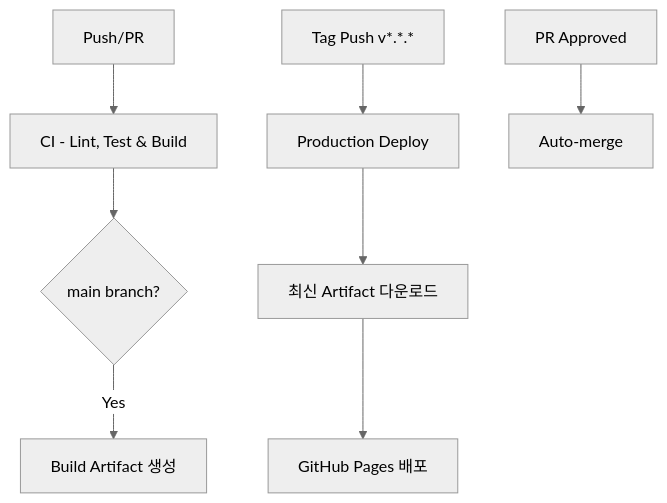
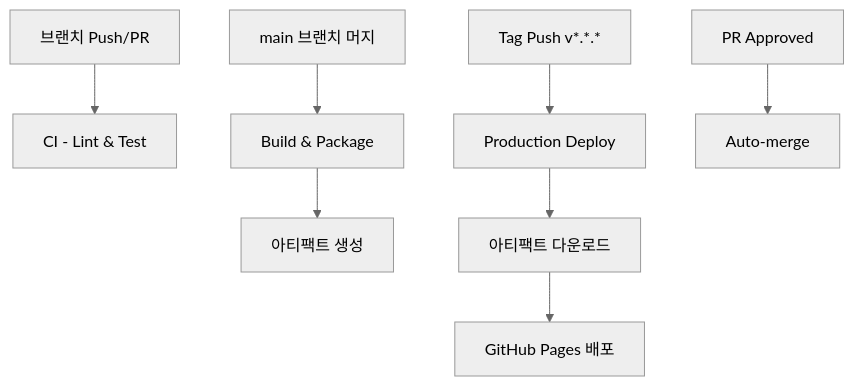
One commit to ThakiCloud/thakicloud.github.io changed the diagram in CI_CD_GUIDE.md. Above: the diagram before and after it, drawn with Mermaid (neutral theme). The commit also changed other lines of this file and 3 other files, not shown here.

````diff
--- a/CI_CD_GUIDE.md
+++ b/CI_CD_GUIDE.md
@@ -18,10 +18,10 @@
 ```mermaid
 graph TD
-    A[Push/PR] --> B[CI - Lint, Test & Build]
-    B --> C{main branch?}
-    C -->|Yes| D[Build Artifact 생성]
-    E[Tag Push v*.*.*] --> F[Production Deploy]
-    F --> G[최신 Artifact 다운로드]
-    G --> H[GitHub Pages 배포]
-    I[PR Approved] --> J[Auto-merge]
+    A[브랜치 Push/PR] --> B[CI - Lint & Test]
+    C[main 브랜치 머지] --> D[Build & Package]
+    D --> E[아티팩트 생성]
+    F[Tag Push v*.*.*] --> G[Production Deploy]
+    G --> H[아티팩트 다운로드]
+    H --> I[GitHub Pages 배포]
+    J[PR Approved] --> K[Auto-merge]
 ```
````
